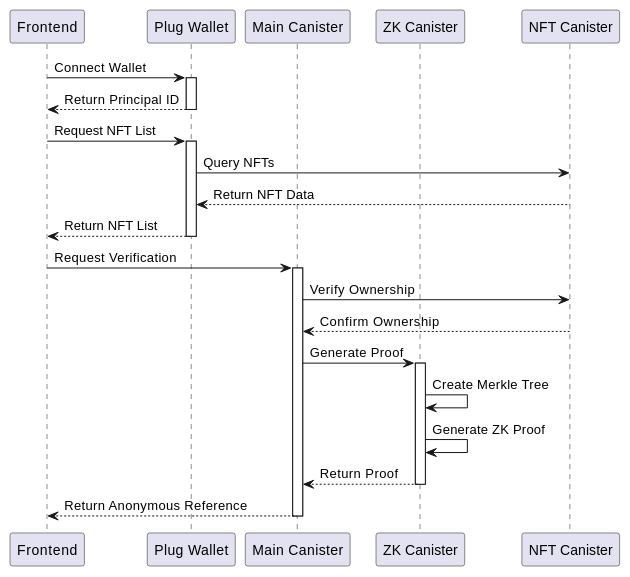
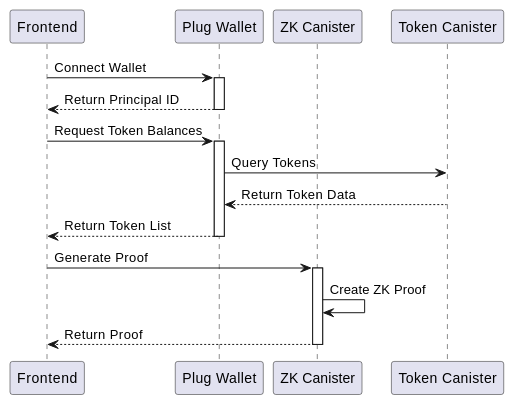
Before and after one commit to gabrielrondon/ghost_dev: the first of 2 diagrams in docs/milestone1.md, drawn with PlantUML. The commit also changed other lines of this file, not shown here.

Commit message:
Resolve merge conflicts in milestone1.md and proof-service.ts

````diff
--- a/docs/milestone1.md
+++ b/docs/milestone1.md
@@ -132,34 +113,26 @@
 ```plantuml
 @startuml
 participant "Frontend" as FE
 participant "Plug Wallet" as PW
-participant "Main Canister" as MC
 participant "ZK Canister" as ZK
-participant "NFT Canister" as NFT
+participant "Token Canister" as TC
 
 FE -> PW: Connect Wallet
 activate PW
 PW --> FE: Return Principal ID
 deactivate PW
 
-FE -> PW: Request NFT List
+FE -> PW: Request Token Balances
 activate PW
-PW -> NFT: Query NFTs
-NFT --> PW: Return NFT Data
-PW --> FE: Return NFT List
+PW -> TC: Query Tokens
+TC --> PW: Return Token Data
+PW --> FE: Return Token List
 deactivate PW
 
-FE -> MC: Request Verification
-activate MC
-MC -> NFT: Verify Ownership
-NFT --> MC: Confirm Ownership
-MC -> ZK: Generate Proof
+FE -> ZK: Generate Proof
 activate ZK
-ZK -> ZK: Create Merkle Tree
-ZK -> ZK: Generate ZK Proof
-ZK --> MC: Return Proof
+ZK -> ZK: Create ZK Proof
+ZK --> FE: Return Proof
 deactivate ZK
-MC --> FE: Return Anonymous Reference
-deactivate MC
 @enduml
 ```
````
